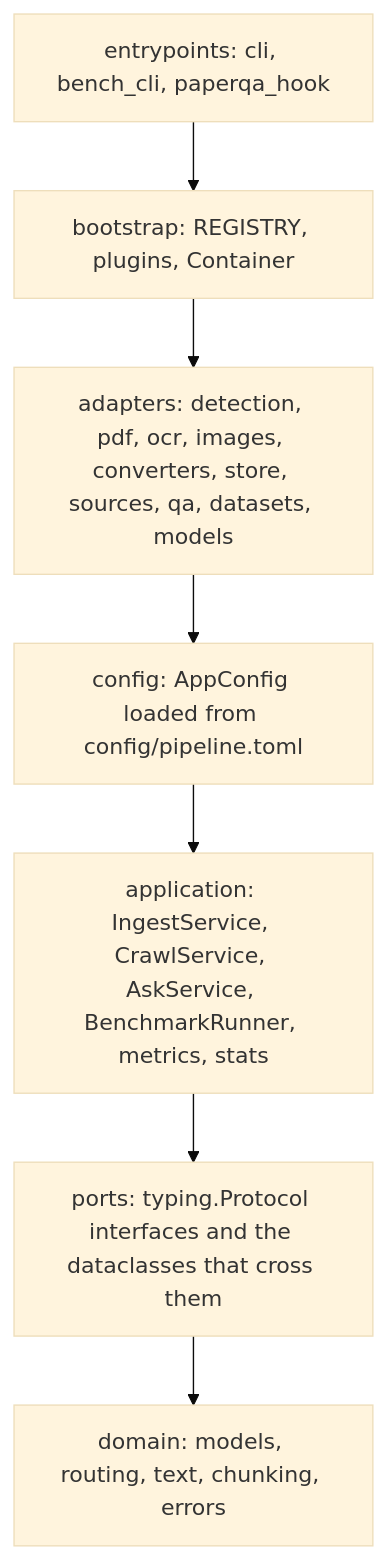
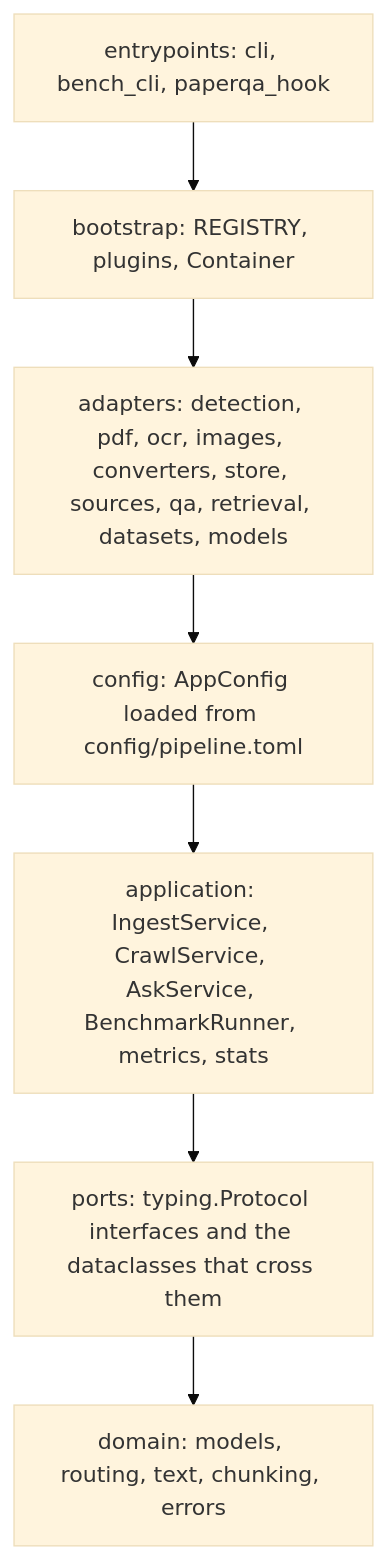
The first of 18 diagrams in packages/docingest/docs/architecture.md (etxsA/doc-ingest), drawn with Mermaid (base theme) before and after one commit. The commit also changed other lines of this file and 21 other files, not shown here.

````diff
--- a/packages/docingest/docs/architecture.md
+++ b/packages/docingest/docs/architecture.md
@@ -66,16 +66,16 @@
 ```mermaid
 flowchart TD
     EP["entrypoints: cli, bench_cli, paperqa_hook"]
     BS["bootstrap: REGISTRY, plugins, Container"]
-    AD["adapters: detection, pdf, ocr, images, converters, store, sources, qa, datasets, models"]
+    AD["adapters: detection, pdf, ocr, images, converters, store, sources, qa, retrieval, datasets, models"]
     CF["config: AppConfig loaded from config/pipeline.toml"]
     AP["application: IngestService, CrawlService, AskService, BenchmarkRunner, metrics, stats"]
     PT["ports: typing.Protocol interfaces and the dataclasses that cross them"]
     DM["domain: models, routing, text, chunking, errors"]
     EP --> BS
     BS --> AD
     AD --> CF
     CF --> AP
     AP --> PT
     PT --> DM
 ```
````
